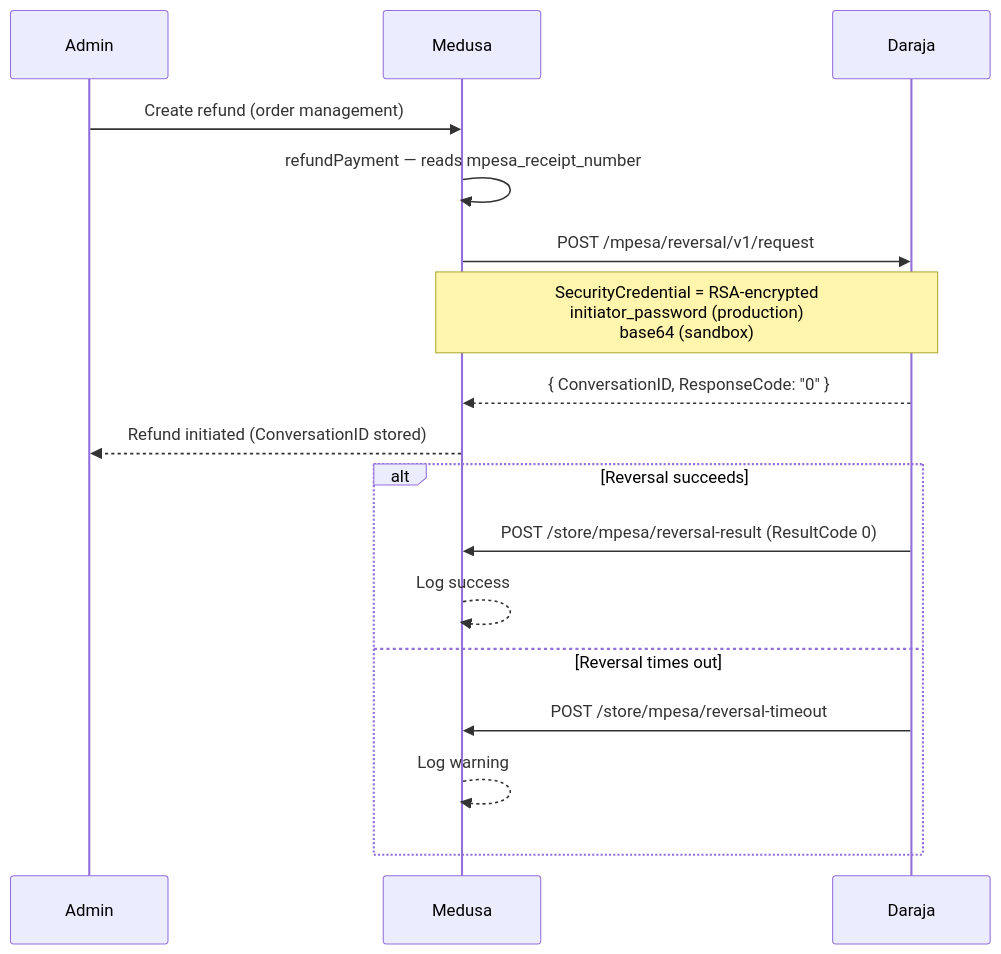
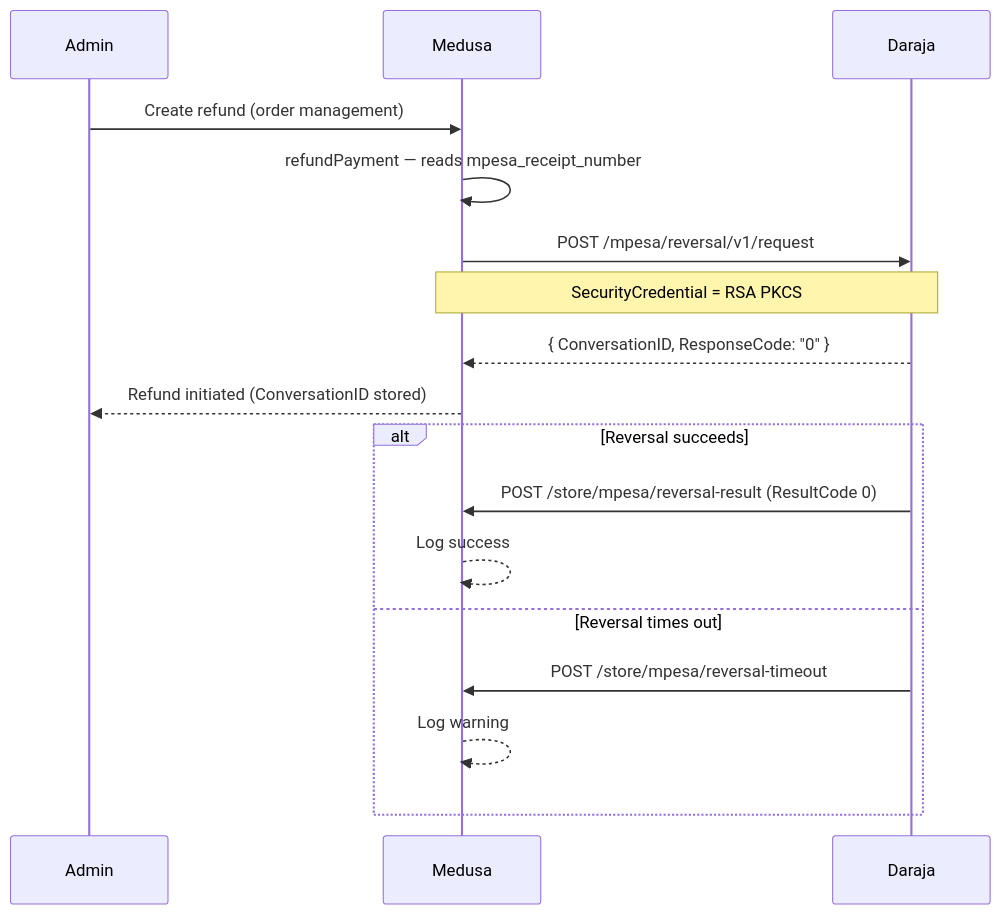
Before and after one commit to gisioraelvis/medusajs-dtc-docker-starter: the second of 2 diagrams in packages/medusa-payment-mpesa/README.md, drawn with Mermaid. The commit also changed other lines of this file and 1 other file, not shown here.

Commit message:
docs: note RSA PKCS#1 v1.5 encryption requirement for M-Pesa reversals

````diff
--- a/packages/medusa-payment-mpesa/README.md
+++ b/packages/medusa-payment-mpesa/README.md
@@ -300,21 +300,21 @@
 ```mermaid
 sequenceDiagram
     participant Admin
     participant Medusa
     participant Daraja
 
     Admin->>Medusa: Create refund (order management)
     Medusa->>Medusa: refundPayment — reads mpesa_receipt_number
     Medusa->>Daraja: POST /mpesa/reversal/v1/request
-    Note over Medusa,Daraja: SecurityCredential = RSA-encrypted<br/>initiator_password (production)<br/>base64 (sandbox)
+    Note over Medusa,Daraja: SecurityCredential = RSA PKCS#1 v1.5<br/>initiator_password (production)<br/>base64 (sandbox)
     Daraja-->>Medusa: { ConversationID, ResponseCode: "0" }
     Medusa-->>Admin: Refund initiated (ConversationID stored)
 
     alt Reversal succeeds
         Daraja->>Medusa: POST /store/mpesa/reversal-result (ResultCode 0)
         Medusa-->>Medusa: Log success
     else Reversal times out
         Daraja->>Medusa: POST /store/mpesa/reversal-timeout
         Medusa-->>Medusa: Log warning
     end
 ```
````
